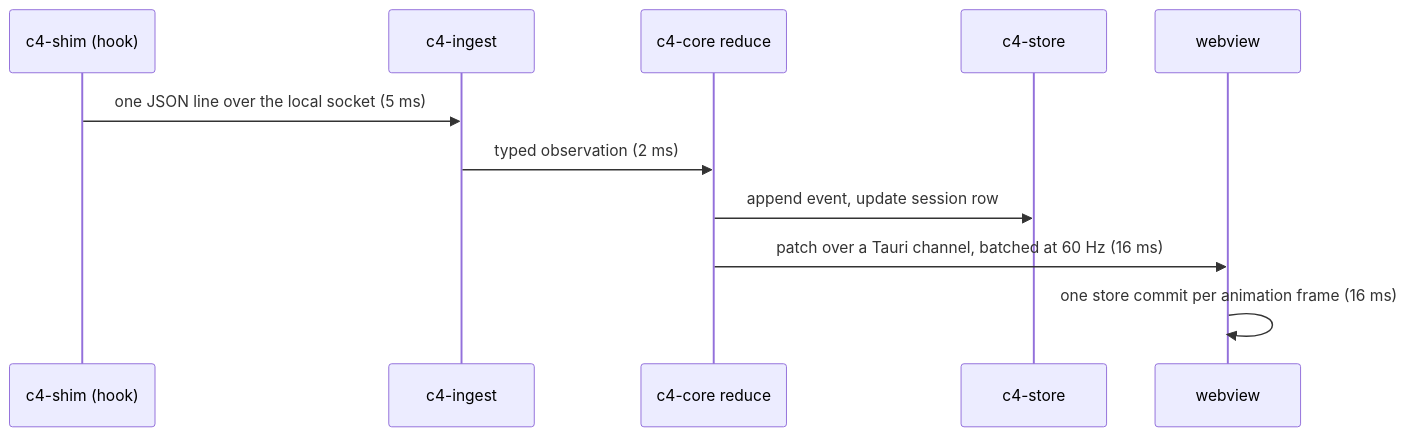
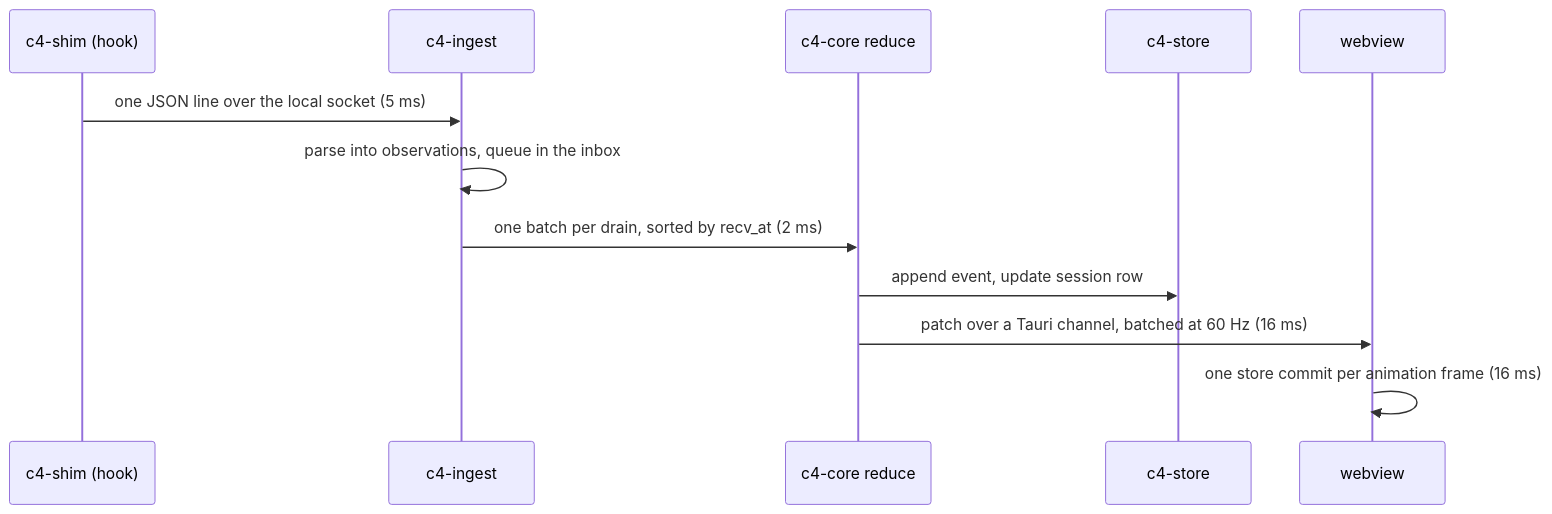
Before and after one commit to watchthelight/C4: the third of 4 diagrams in docs/ARCHITECTURE.md, drawn with Mermaid. The commit also changed other lines of this file and 40 other files, not shown here.

````diff
--- a/docs/ARCHITECTURE.md
+++ b/docs/ARCHITECTURE.md
@@ -128,13 +130,14 @@
 ```mermaid
 sequenceDiagram
     participant S as c4-shim (hook)
     participant I as c4-ingest
     participant C as c4-core reduce
     participant St as c4-store
     participant UI as webview
     S->>I: one JSON line over the local socket (5 ms)
-    I->>C: typed observation (2 ms)
+    I->>I: parse into observations, queue in the inbox
+    I->>C: one batch per drain, sorted by recv_at (2 ms)
     C->>St: append event, update session row
     C->>UI: patch over a Tauri channel, batched at 60 Hz (16 ms)
     UI->>UI: one store commit per animation frame (16 ms)
 ```
````
